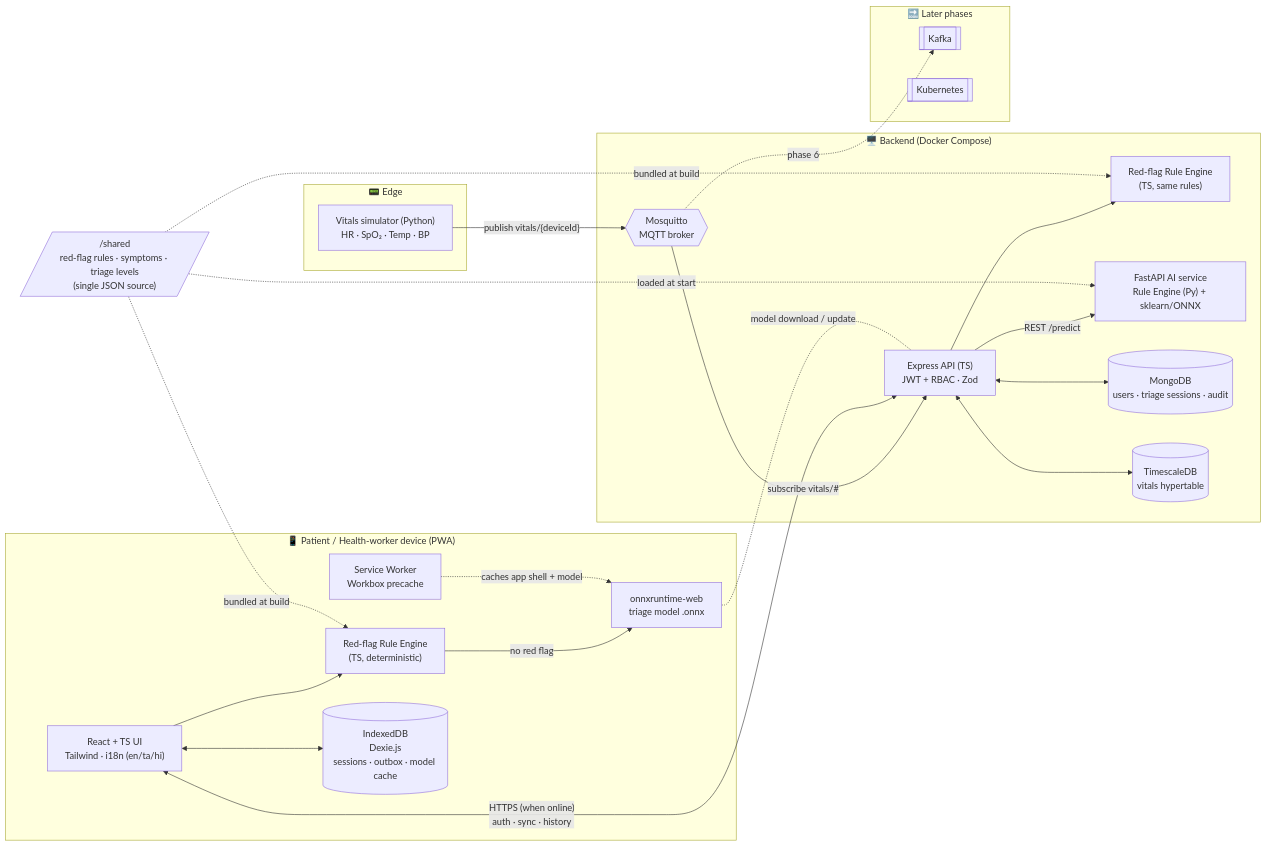
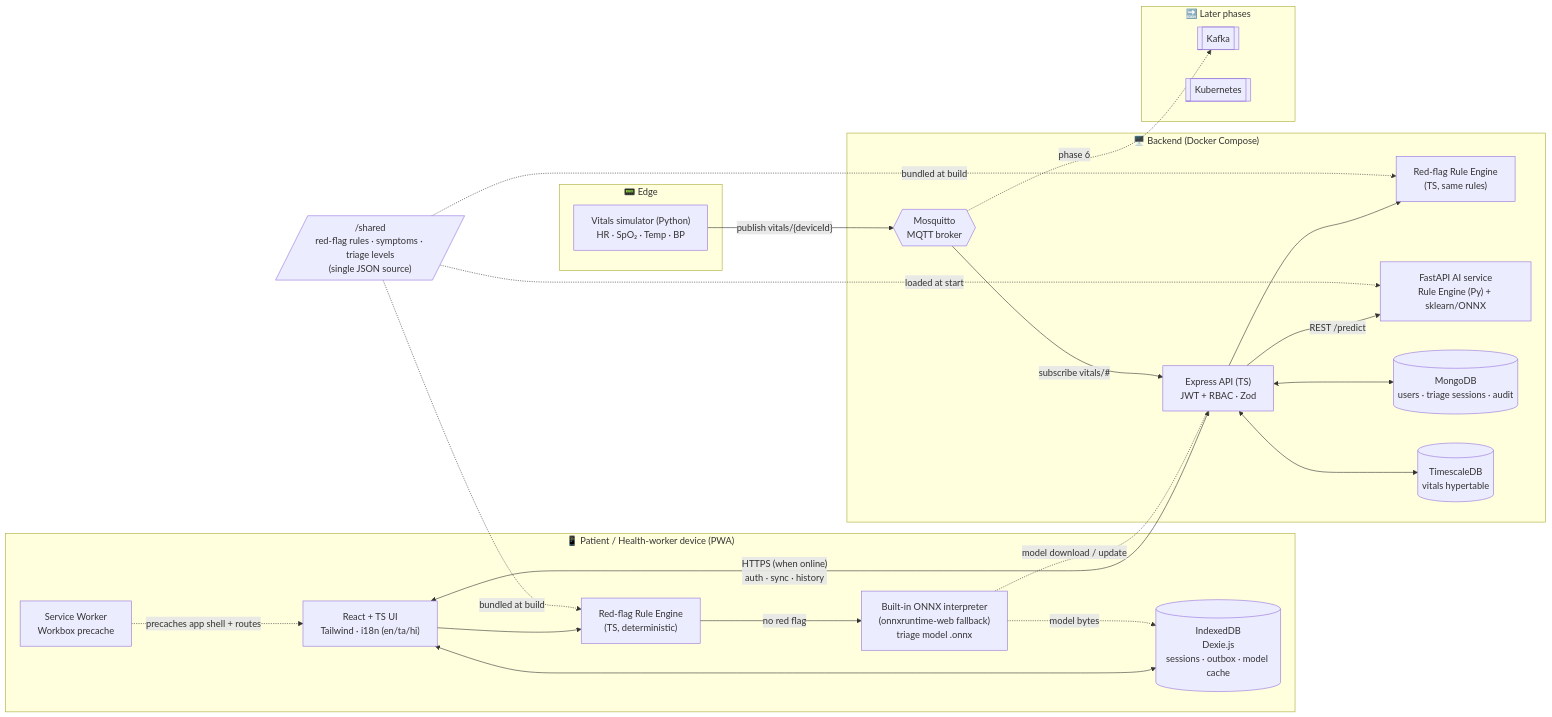
Before and after one commit to Abhinav-0511/RuralCare: the first of 4 diagrams in docs/ARCHITECTURE.md, drawn with Mermaid. The commit also changed other lines of this file and 93 other files, not shown here.

````diff
--- a/docs/ARCHITECTURE.md
+++ b/docs/ARCHITECTURE.md
@@ -5,47 +5,48 @@
 ```mermaid
 flowchart LR
     subgraph Device["📱 Patient / Health-worker device (PWA)"]
         UI["React + TS UI<br/>Tailwind · i18n (en/ta/hi)"]
         SW["Service Worker<br/>Workbox precache"]
         RE_C["Red-flag Rule Engine<br/>(TS, deterministic)"]
-        ONNX_C["onnxruntime-web<br/>triage model .onnx"]
+        ONNX_C["Built-in ONNX interpreter<br/>(onnxruntime-web fallback)<br/>triage model .onnx"]
         DEX[("IndexedDB<br/>Dexie.js<br/>sessions · outbox · model cache")]
         UI --> RE_C
         RE_C -- "no red flag" --> ONNX_C
         UI <--> DEX
-        SW -. "caches app shell + model" .-> ONNX_C
+        SW -. "precaches app shell + routes" .-> UI
+        ONNX_C -. "model bytes" .-> DEX
     end
 
     subgraph Backend["🖥️ Backend (Docker Compose)"]
         API["Express API (TS)<br/>JWT + RBAC · Zod"]
         RE_S["Red-flag Rule Engine<br/>(TS, same rules)"]
         AI["FastAPI AI service<br/>Rule Engine (Py) + sklearn/ONNX"]
         MONGO[("MongoDB<br/>users · triage sessions · audit")]
         TSDB[("TimescaleDB<br/>vitals hypertable")]
         MQTT{{"Mosquitto<br/>MQTT broker"}}
         API --> RE_S
         API -- "REST /predict" --> AI
         API <--> MONGO
         API <--> TSDB
         MQTT -- "subscribe vitals/#" --> API
     end
 
     subgraph Edge["📟 Edge"]
         SIM["Vitals simulator (Python)<br/>HR · SpO₂ · Temp · BP"]
     end
 
     RULES[/"/shared<br/>red-flag rules · symptoms · triage levels<br/>(single JSON source)"/]
     RULES -. "bundled at build" .-> RE_C
     RULES -. "bundled at build" .-> RE_S
     RULES -. "loaded at start" .-> AI
 
     SIM -- "publish vitals/{deviceId}" --> MQTT
     UI <-- "HTTPS (when online)<br/>auth · sync · history" --> API
     ONNX_C -. "model download / update" .- API
 
     subgraph Later["🔜 Later phases"]
         KAFKA[["Kafka"]]
         K8S[["Kubernetes"]]
     end
     MQTT -. "phase 6" .-> KAFKA
 ```
````
